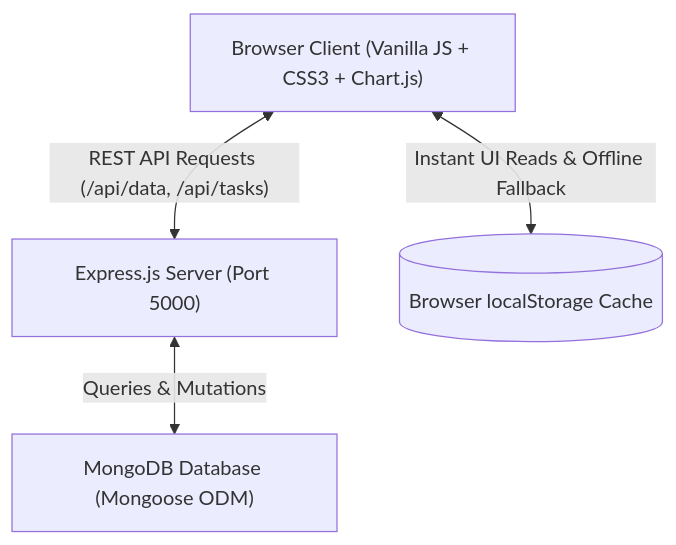
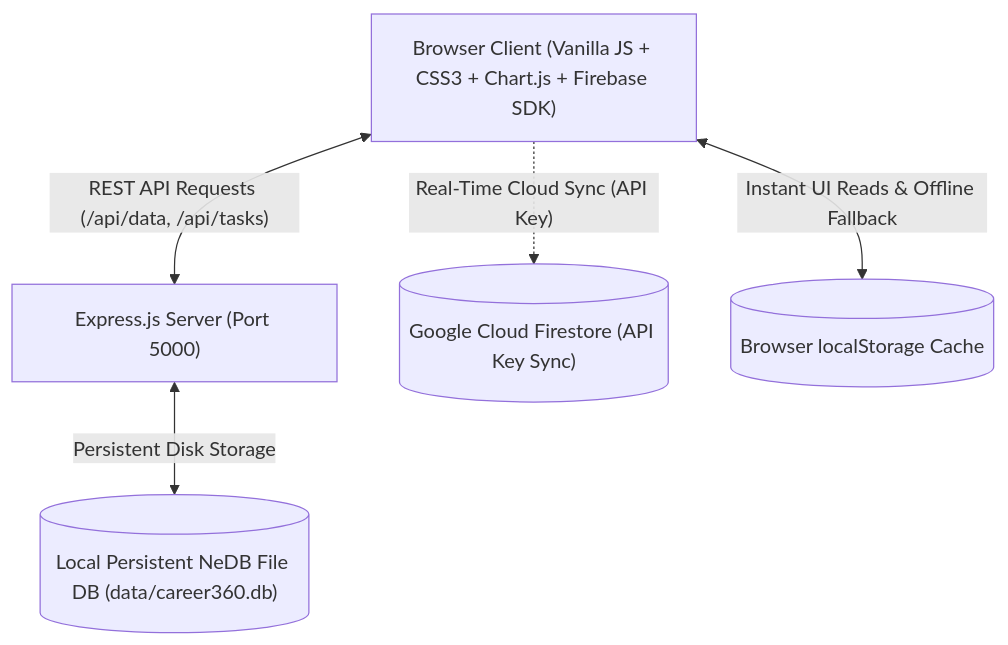
The diagram in README.md (malathidurai06/Career360-PlacementRoadMap), drawn with Mermaid before and after one commit. The commit also changed other lines of this file and 9 other files, not shown here.

Commit message:
Replace MongoDB with Firebase Firestore API Key sync and zero-setup NeDB embedded database

````diff
--- a/README.md
+++ b/README.md
@@ -21,11 +24,13 @@
 ```mermaid
 graph TD
-    Client["Browser Client (Vanilla JS + CSS3 + Chart.js)"]
+    Client["Browser Client (Vanilla JS + CSS3 + Chart.js + Firebase SDK)"]
     ExpressAPI["Express.js Server (Port 5000)"]
-    Mongo["MongoDB Database (Mongoose ODM)"]
+    NeDB[("Local Persistent NeDB File DB (data/career360.db)")]
+    Firestore[("Google Cloud Firestore (API Key Sync)")]
     LocalCache[("Browser localStorage Cache")]
 
     Client <-->|"Instant UI Reads & Offline Fallback"| LocalCache
     Client <-->|"REST API Requests (/api/data, /api/tasks)"| ExpressAPI
-    ExpressAPI <-->|"Queries & Mutations"| Mongo
+    ExpressAPI <-->|"Persistent Disk Storage"| NeDB
+    Client -.->|"Real-Time Cloud Sync (API Key)"| Firestore
 ```
````
